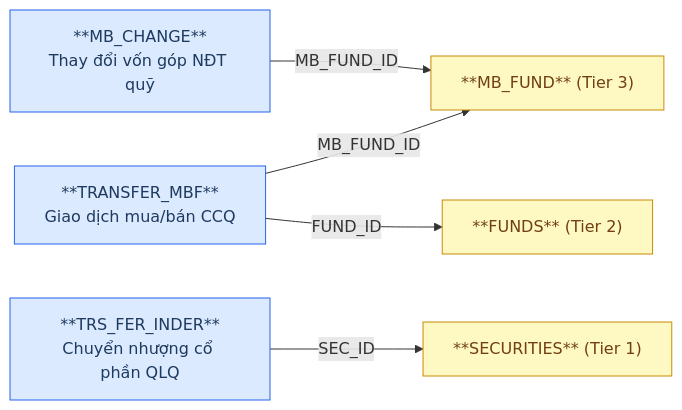
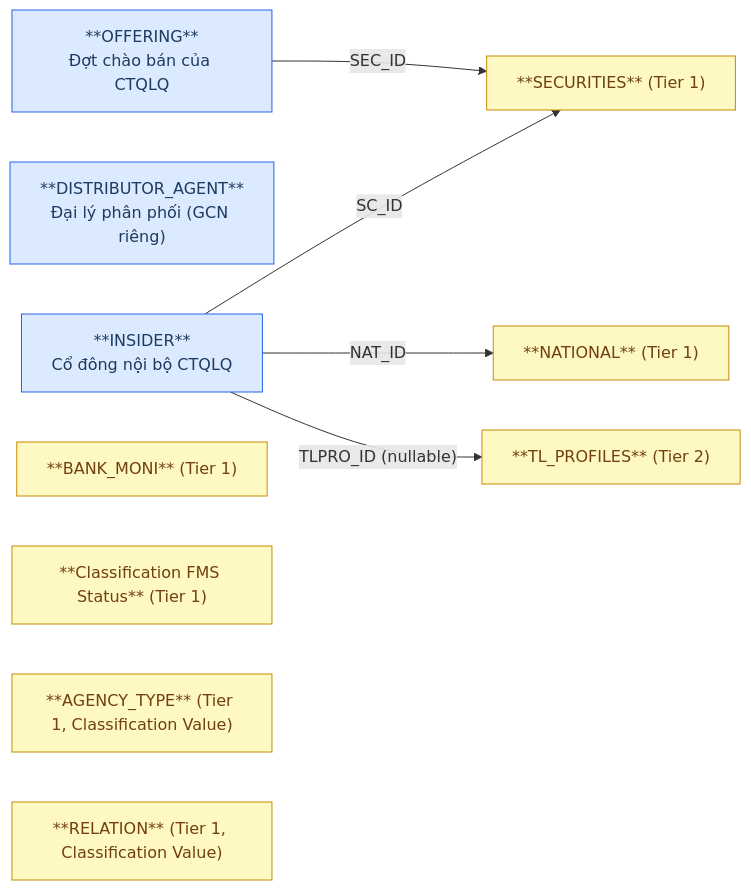
Before and after one commit to linhlvit/ubck_atomic_design: the first of 2 diagrams in DataModel/working/Atomic/hld/FMS_HLD_Tier4.md, drawn with Mermaid. The commit also changed other lines of this file and 351 other files, not shown here.

````diff
--- a/DataModel/working/Atomic/hld/FMS_HLD_Tier4.md
+++ b/DataModel/working/Atomic/hld/FMS_HLD_Tier4.md
@@ -25,18 +26,22 @@
 ```mermaid
 graph LR
     classDef src fill:#dbeafe,stroke:#2563eb,color:#1e3a5f
     classDef outscope fill:#fef9c3,stroke:#ca8a04,color:#713f12
 
-    MB_CHANGE["**MB_CHANGE**\nThay đổi vốn góp NĐT quỹ"]:::src
-    TRANSFER_MBF["**TRANSFER_MBF**\nGiao dịch mua/bán CCQ"]:::src
-    TRS_FER_INDER["**TRS_FER_INDER**\nChuyển nhượng cổ phần QLQ"]:::src
+    INSIDER["**INSIDER**\nCổ đông nội bộ CTQLQ"]:::src
+    DISTRIBUTOR_AGENT["**DISTRIBUTOR_AGENT**\nĐại lý phân phối (GCN riêng)"]:::src
+    OFFERING["**OFFERING**\nĐợt chào bán của CTQLQ"]:::src
 
-    MB_FUND["**MB_FUND** (Tier 3)"]:::outscope
-    FUNDS["**FUNDS** (Tier 2)"]:::outscope
     SECURITIES["**SECURITIES** (Tier 1)"]:::outscope
+    BANK_MONI["**BANK_MONI** (Tier 1)"]:::outscope
+    NATIONAL["**NATIONAL** (Tier 1)"]:::outscope
+    STATUS["**Classification FMS Status** (Tier 1)"]:::outscope
+    AGENCY_TYPE["**AGENCY_TYPE** (Tier 1, Classification Value)"]:::outscope
+    RELATION["**RELATION** (Tier 1, Classification Value)"]:::outscope
+    TL_PROFILES["**TL_PROFILES** (Tier 2)"]:::outscope
 
-    MB_CHANGE -->|"MB_FUND_ID"| MB_FUND
-    TRANSFER_MBF -->|"FUND_ID"| FUNDS
-    TRANSFER_MBF -->|"MB_FUND_ID"| MB_FUND
-    TRS_FER_INDER -->|"SEC_ID"| SECURITIES
+    INSIDER -->|"SC_ID"| SECURITIES
+    OFFERING -->|"SEC_ID"| SECURITIES
+    INSIDER -->|"NAT_ID"| NATIONAL
+    INSIDER -->|"TLPRO_ID (nullable)"| TL_PROFILES
 ```
````
